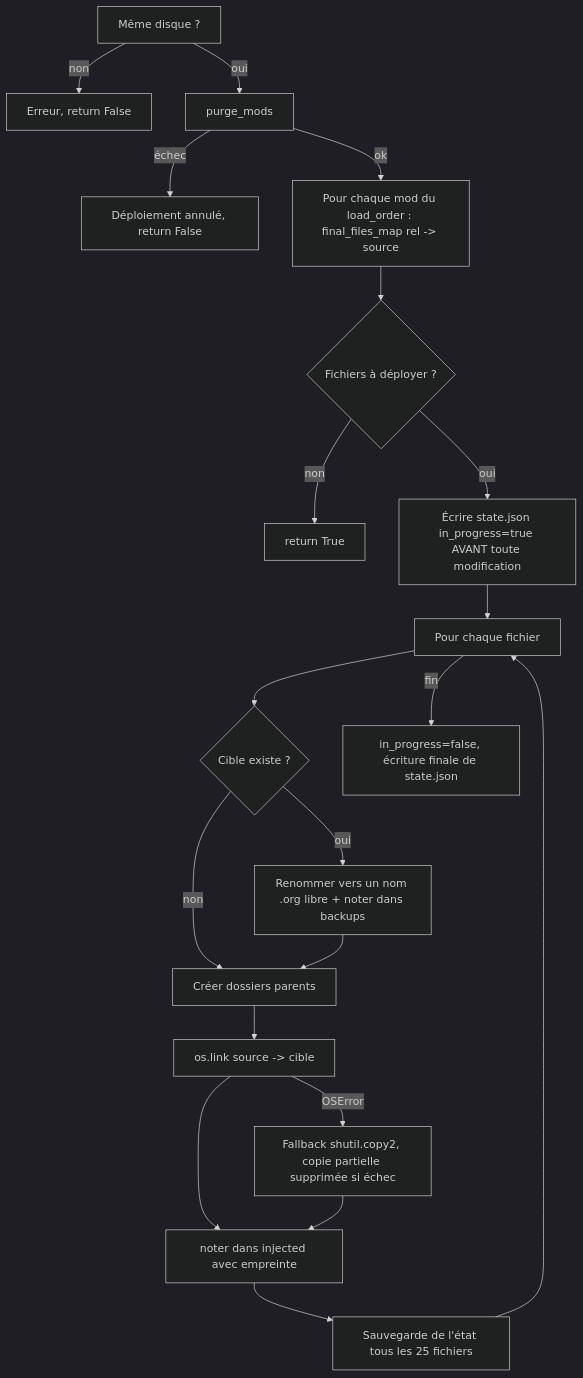
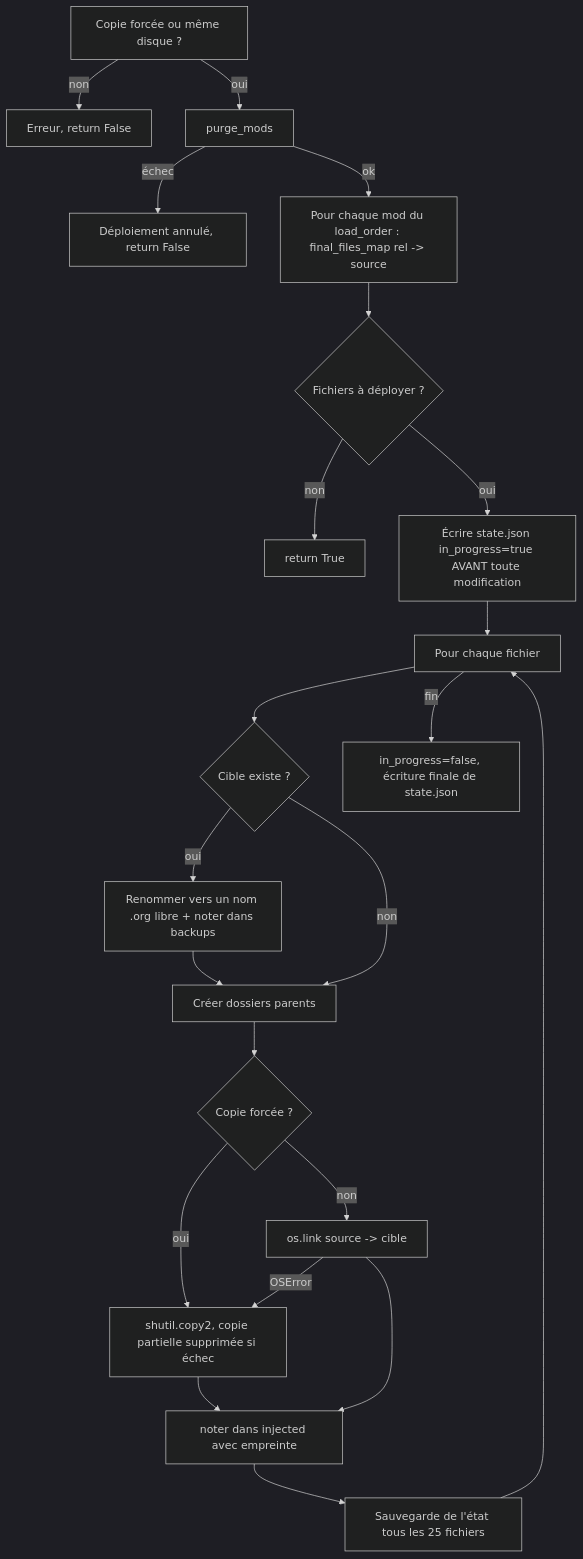
Before and after one commit to devcfk/ModInjector: the second of 2 diagrams in docs/ARCHITECTURE.md, drawn with Mermaid (dark theme). The commit also changed other lines of this file and 12 other files, not shown here.

First line of the commit message:
docs: documente la copie réelle forcée

````diff
--- a/docs/ARCHITECTURE.md
+++ b/docs/ARCHITECTURE.md
@@ -145,22 +149,24 @@
 ```mermaid
 flowchart TD
-    A[Même disque ?] -- non --> X[Erreur, return False]
+    A[Copie forcée ou même disque ?] -- non --> X[Erreur, return False]
     A -- oui --> B[purge_mods]
     B -- échec --> X2[Déploiement annulé, return False]
     B -- ok --> C[Pour chaque mod du load_order : final_files_map rel -> source]
     C --> D{Fichiers à déployer ?}
     D -- non --> E[return True]
     D -- oui --> S[Écrire state.json in_progress=true AVANT toute modification]
     S --> F[Pour chaque fichier]
     F --> G{Cible existe ?}
     G -- oui --> H[Renommer vers un nom .org libre + noter dans backups]
     G -- non --> I
     H --> I[Créer dossiers parents]
-    I --> J[os.link source -> cible]
-    J -- OSError --> K[Fallback shutil.copy2, copie partielle supprimée si échec]
+    I --> CF{Copie forcée ?}
+    CF -- oui --> K
+    CF -- non --> J[os.link source -> cible]
+    J -- OSError --> K[shutil.copy2, copie partielle supprimée si échec]
     J --> L[noter dans injected avec empreinte]
     K --> L
     L --> M[Sauvegarde de l'état tous les 25 fichiers]
     M --> F
     F -- fin --> N[in_progress=false, écriture finale de state.json]
 ```
````
